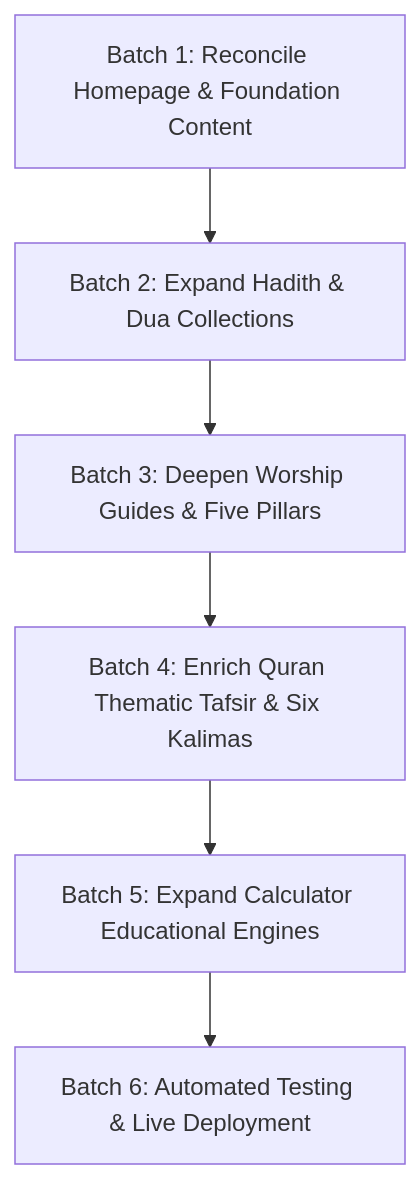
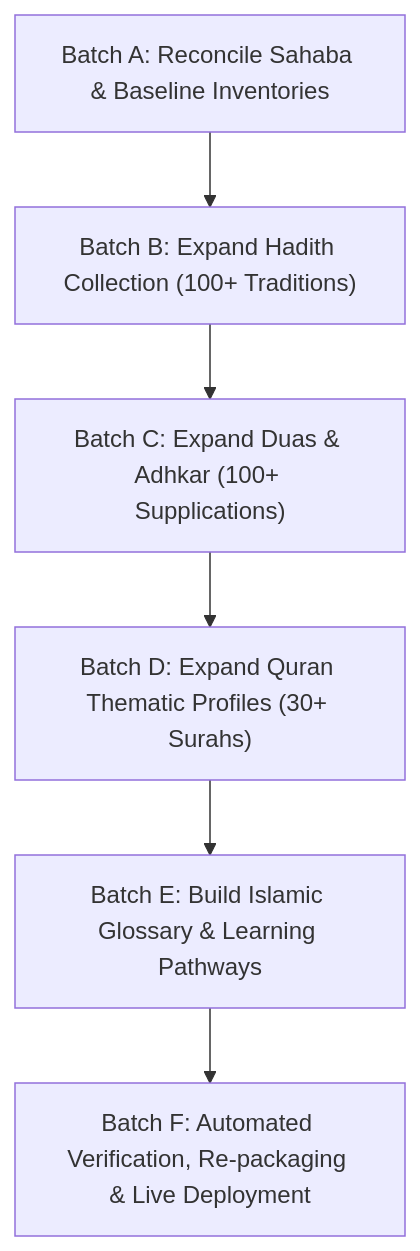
The diagram in reports/CONTENT_GAPS.md (jjjffdfde/NoorDeen), drawn with Mermaid before and after one commit. The commit also changed other lines of this file and 57 other files, not shown here.

Commit message:
feat: complete international Islamic knowledge library expansion (101 Hadiths, 102 Duas, 32 Tafsir profiles, 135 Glossary terms, 20 Pillars, 154,899 words, APK v1.2.0)

````diff
--- a/reports/CONTENT_GAPS.md
+++ b/reports/CONTENT_GAPS.md
@@ -45,8 +41,8 @@
 ```mermaid
 flowchart TD
-  B1["Batch 1: Reconcile Homepage & Foundation Content"] --> B2["Batch 2: Expand Hadith & Dua Collections"]
-  B2 --> B3["Batch 3: Deepen Worship Guides & Five Pillars"]
-  B3 --> B4["Batch 4: Enrich Quran Thematic Tafsir & Six Kalimas"]
-  B4 --> B5["Batch 5: Expand Calculator Educational Engines"]
-  B5 --> B6["Batch 6: Automated Testing & Live Deployment"]
+  B1["Batch A: Reconcile Sahaba & Baseline Inventories"] --> B2["Batch B: Expand Hadith Collection (100+ Traditions)"]
+  B2 --> B3["Batch C: Expand Duas & Adhkar (100+ Supplications)"]
+  B3 --> B4["Batch D: Expand Quran Thematic Profiles (30+ Surahs)"]
+  B4 --> B5["Batch E: Build Islamic Glossary & Learning Pathways"]
+  B5 --> B6["Batch F: Automated Verification, Re-packaging & Live Deployment"]
 ```
````
